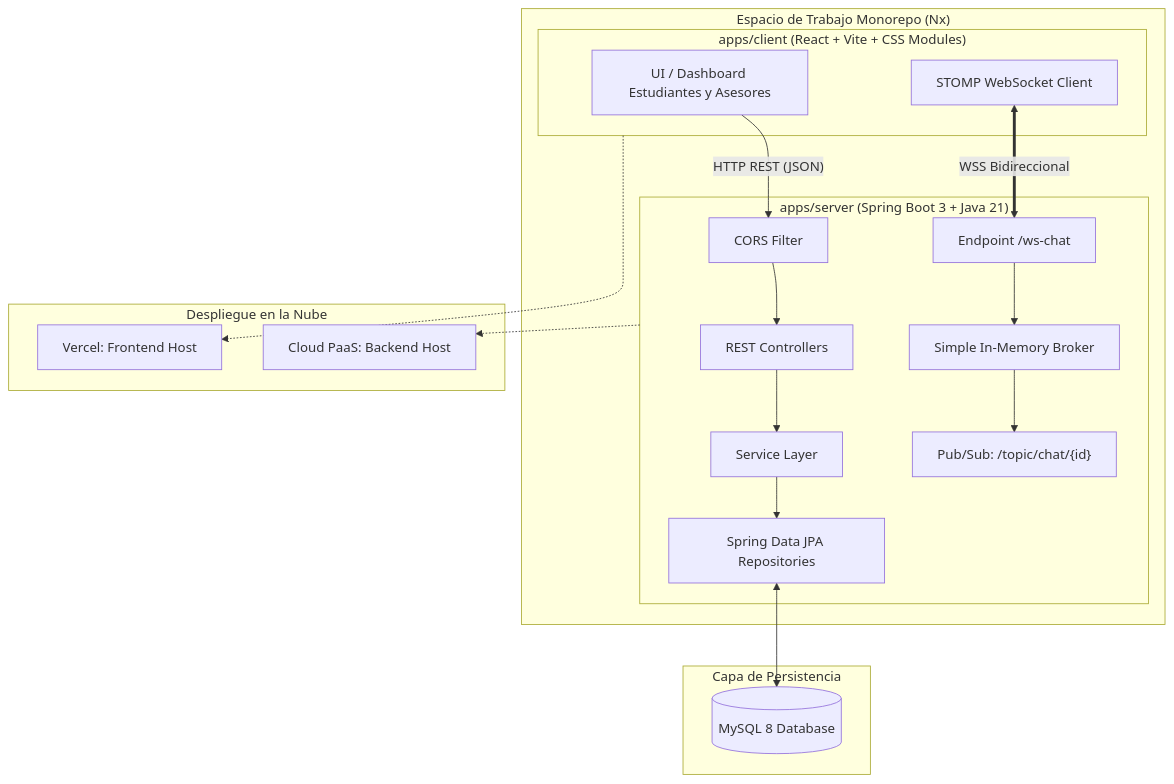
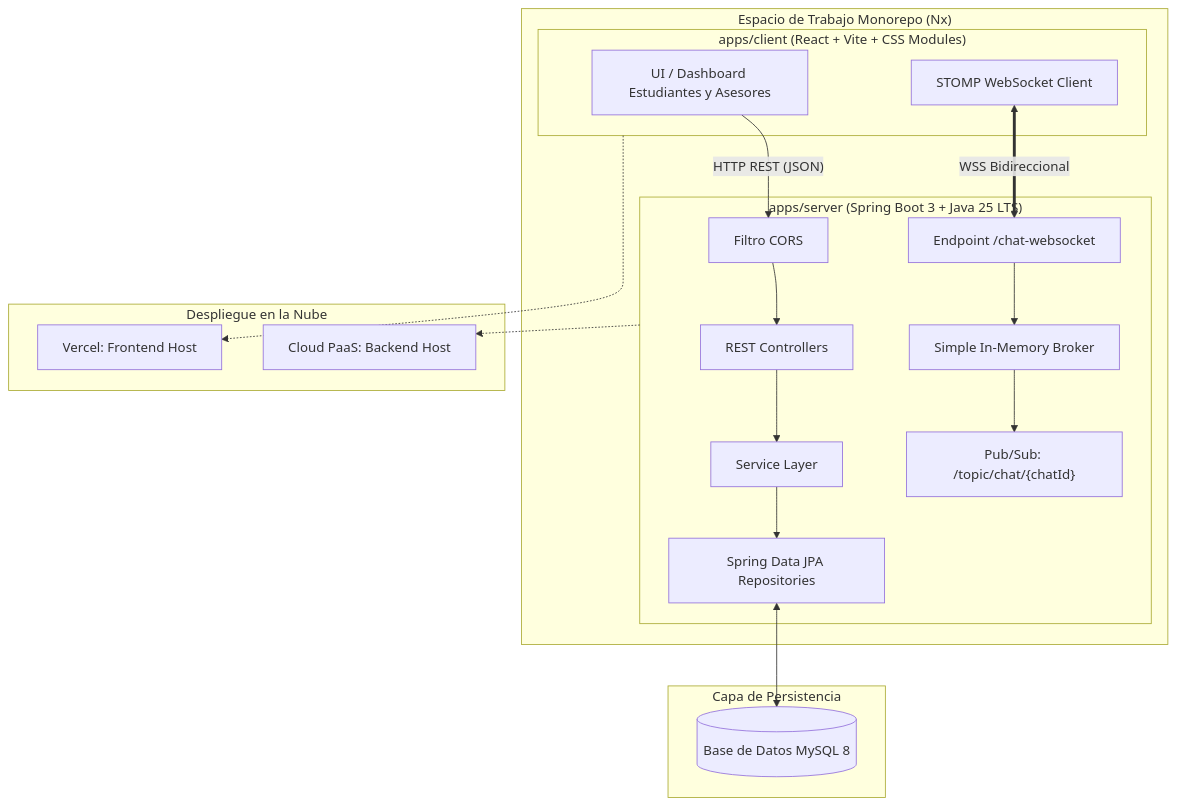
Before and after one commit to CrhistianNinalaya/chat-asistencia-estudiante: the diagram in README.md, drawn with Mermaid. The commit also changed other lines of this file and 3 other files, not shown here.

Commit message:
build: upgrade java target to 25 lts and update documentation

````diff
--- a/README.md
+++ b/README.md
@@ -31,35 +32,35 @@
 ```mermaid
 flowchart TD
     subgraph NxMonorepo["Espacio de Trabajo Monorepo (Nx)"]
         subgraph ClientApp["apps/client (React + Vite + CSS Modules)"]
             UI[UI / Dashboard Estudiantes y Asesores]
             WSClient[STOMP WebSocket Client]
         end
 
-        subgraph ServerApp["apps/server (Spring Boot 3 + Java 21)"]
-            CORS[CORS Filter] --> REST[REST Controllers]
+        subgraph ServerApp["apps/server (Spring Boot 3 + Java 25 LTS)"]
+            CORS[Filtro CORS] --> REST[REST Controllers]
             REST --> Service[Service Layer]
             
-            WS[Endpoint /ws-chat] --> Broker[Simple In-Memory Broker]
-            Broker --> PubSub["Pub/Sub: /topic/chat/{id}"]
+            WS[Endpoint /chat-websocket] --> Broker[Simple In-Memory Broker]
+            Broker --> PubSub["Pub/Sub: /topic/chat/{chatId}"]
 
             Service --> Repos[Spring Data JPA Repositories]
         end
     end
 
     subgraph DataStore["Capa de Persistencia"]
-        MySQL[(MySQL 8 Database)]
+        MySQL[(Base de Datos MySQL 8)]
     end
 
     subgraph CloudHosting["Despliegue en la Nube"]
         VercelCloud[Vercel: Frontend Host]
         BackendCloud[Cloud PaaS: Backend Host]
     end
 
     UI -- "HTTP REST (JSON)" --> CORS
     WSClient <== "WSS Bidireccional" ==> WS
     Repos <--> MySQL
 
     ClientApp -.-> VercelCloud
     ServerApp -.-> BackendCloud
 ```
````
